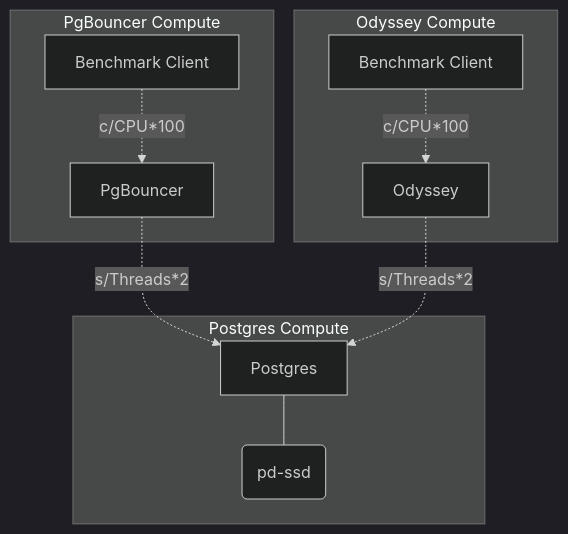
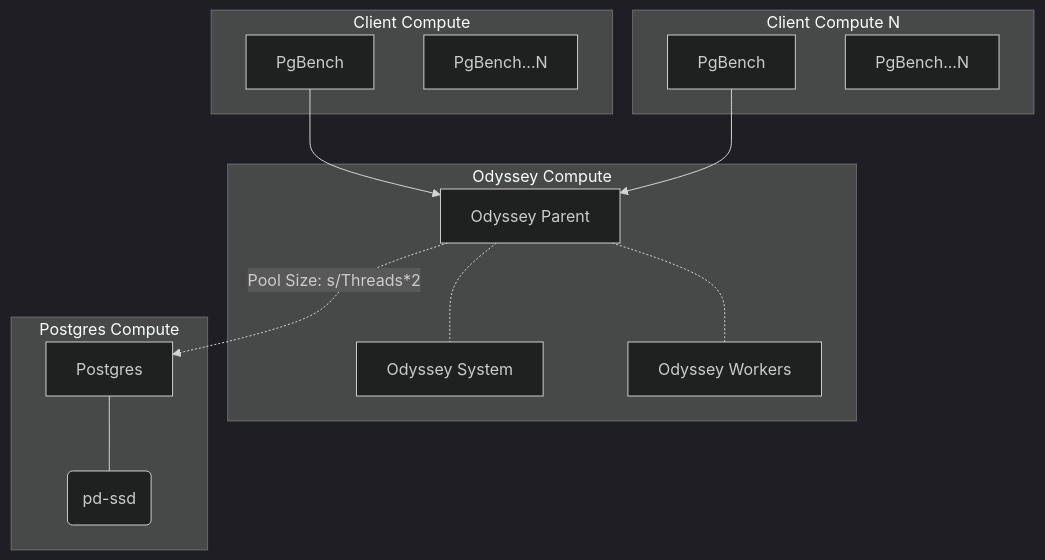
One commit to 3manuek/exhausting_pools changed the diagram in README.md. Above: the diagram before and after it, drawn with Mermaid (dark theme). The commit also changed other lines of this file and 1 other file, not shown here.

````diff
--- a/README.md
+++ b/README.md
@@ -6,18 +13,25 @@
 ```mermaid
 graph TB
-    pgbouncer["PgBouncer"] -.  s/Threads*2  .-> Postgres
-    odyssey["Odyssey"] -.  s/Threads*2  .-> Postgres
+    odysseyp["Odyssey"] -.  Pool Size: s/Threads*2  .-> Postgres
+    pgbench["PgBench"] --> odysseyp
+    pgbenchN["PgBench"] --> odysseyp
 
-    subgraph SLB["PgBouncer Compute"]
-        clientp["Benchmark Client"] -. c/CPU*100 .-> pgbouncer
-        pgbouncer["PgBouncer"]
+    subgraph CLI["Client Compute"]
+        pgbench["PgBench"]
+        pgbench_N["PgBench...N"]
     end
-    subgraph PLB["Odyssey Compute"]
-        cliento["Benchmark Client"] -. c/CPU*100 .-> odyssey
-        odyssey["Odyssey"]
+    subgraph CLN["Client Compute N"]
+        pgbenchN["PgBench"]
+        pgbenchN_N["PgBench...N"]
+    end
+    subgraph ODY["Odyssey Compute"]
+        odysseyp["Odyssey Parent"] -.- odysseysys
+        odysseyp["Odyssey Parent"] -.- odysseyworkerN
+        odysseysys["Odyssey System"]
+        odysseyworkerN["Odyssey Workers"]
     end
     subgraph PG["Postgres Compute"]
         Postgres
         Postgres --- disk("pd-ssd")
     end
 ```
````
